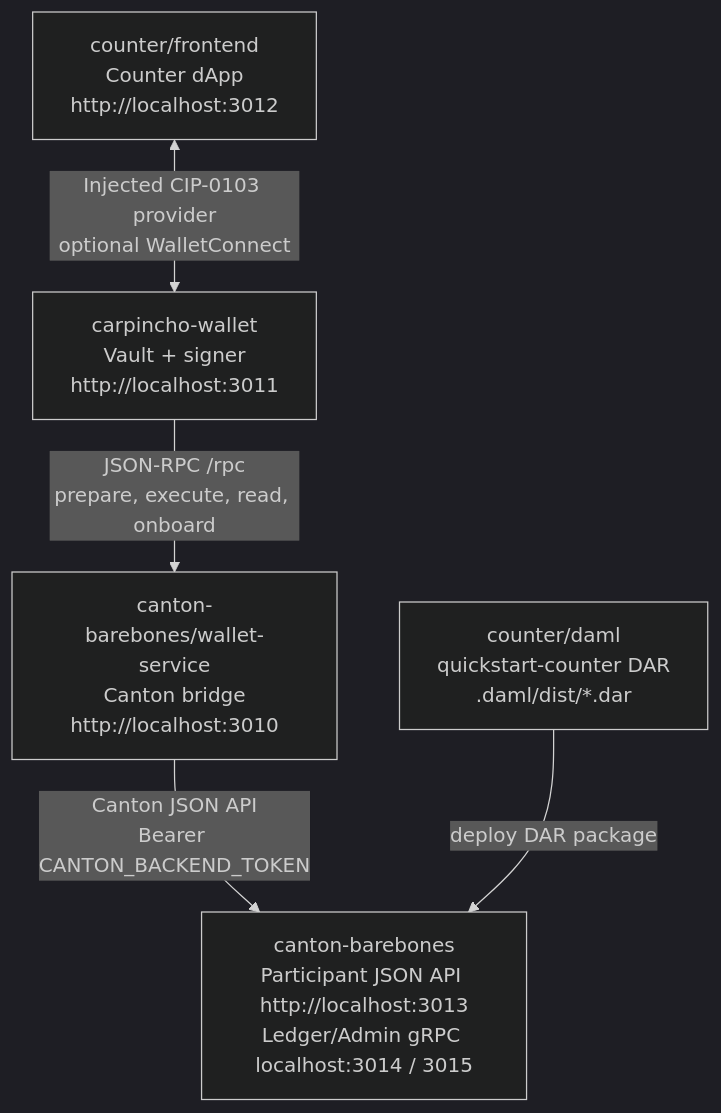
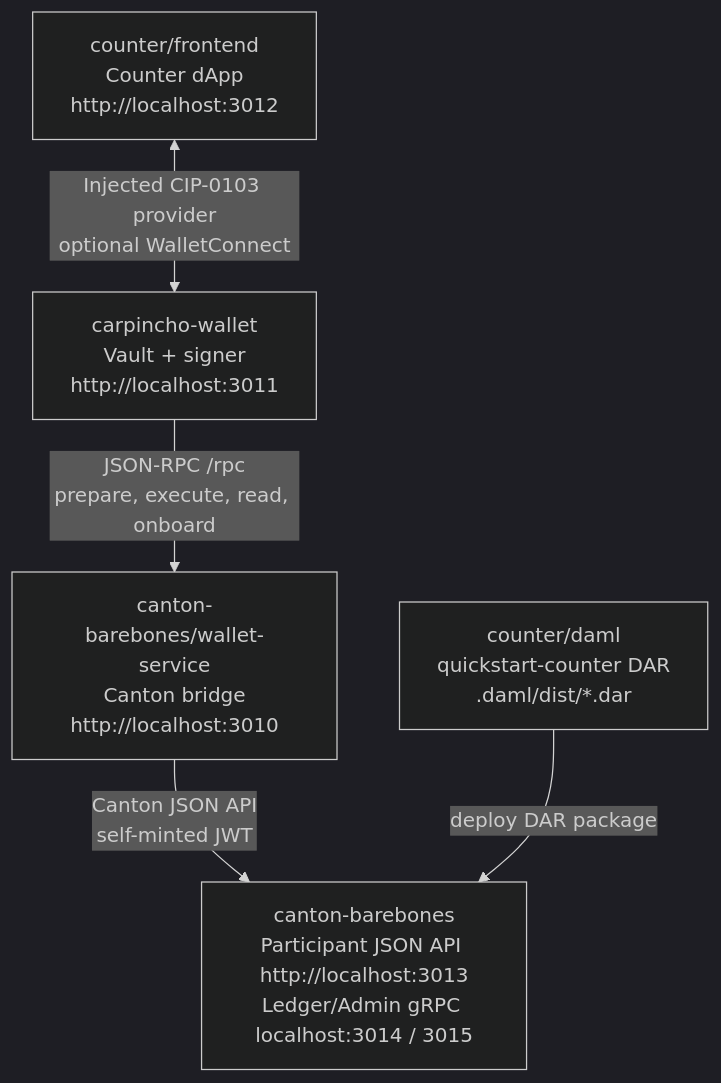
One commit to BootNodeDev/cn-dappbooster changed the diagram in README.md. Above: the diagram before and after it, drawn with Mermaid (dark theme). The commit also changed 3 other files, not shown here.

````diff
--- a/README.md
+++ b/README.md
@@ -5,13 +5,13 @@
 ```mermaid
 flowchart TD
   fe["counter/frontend<br/>Counter dApp<br/>http://localhost:3012"]
   wallet["carpincho-wallet<br/>Vault + signer<br/>http://localhost:3011"]
   ws["canton-barebones/wallet-service<br/>Canton bridge<br/>http://localhost:3010"]
   cb["canton-barebones<br/>Participant JSON API http://localhost:3013<br/>Ledger/Admin gRPC localhost:3014 / 3015"]
   dar["counter/daml<br/>quickstart-counter DAR<br/>.daml/dist/*.dar"]
 
   fe <-->|"Injected CIP-0103 provider<br/>optional WalletConnect"| wallet
   wallet -->|"JSON-RPC /rpc<br/>prepare, execute, read, onboard"| ws
-  ws -->|"Canton JSON API<br/>Bearer CANTON_BACKEND_TOKEN"| cb
+  ws -->|"Canton JSON API<br/>self-minted JWT"| cb
   dar -->|"deploy DAR package"| cb
 ```
````
